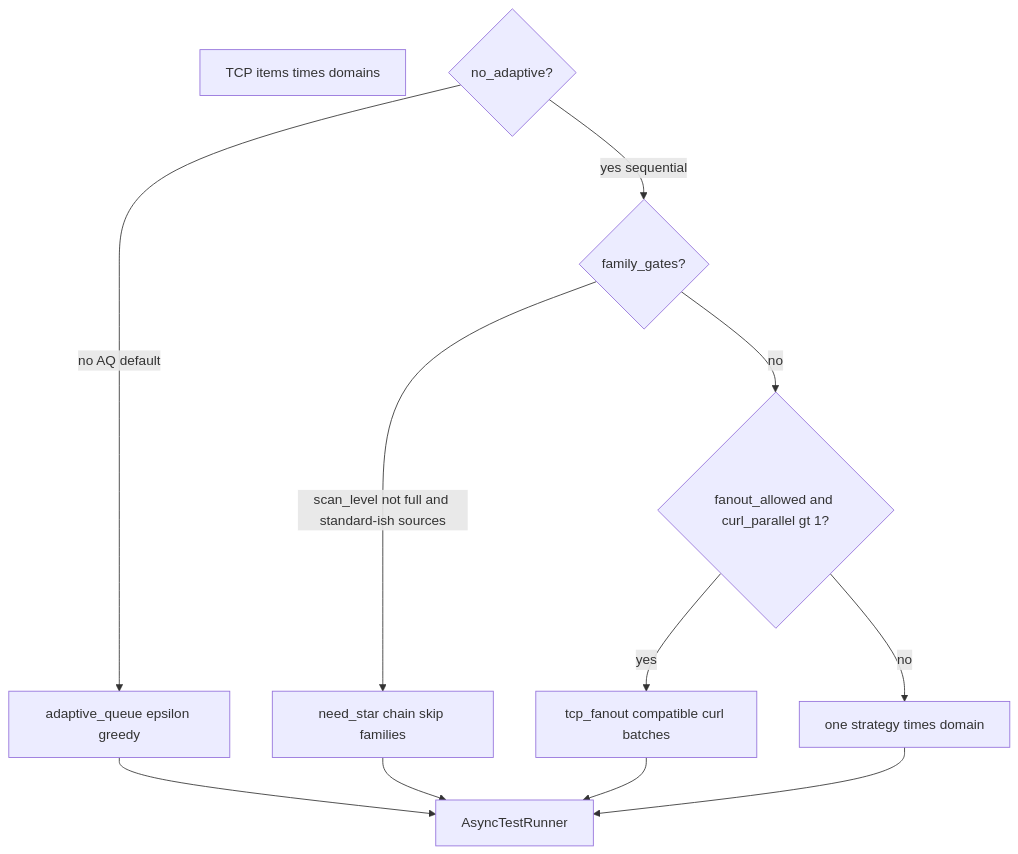
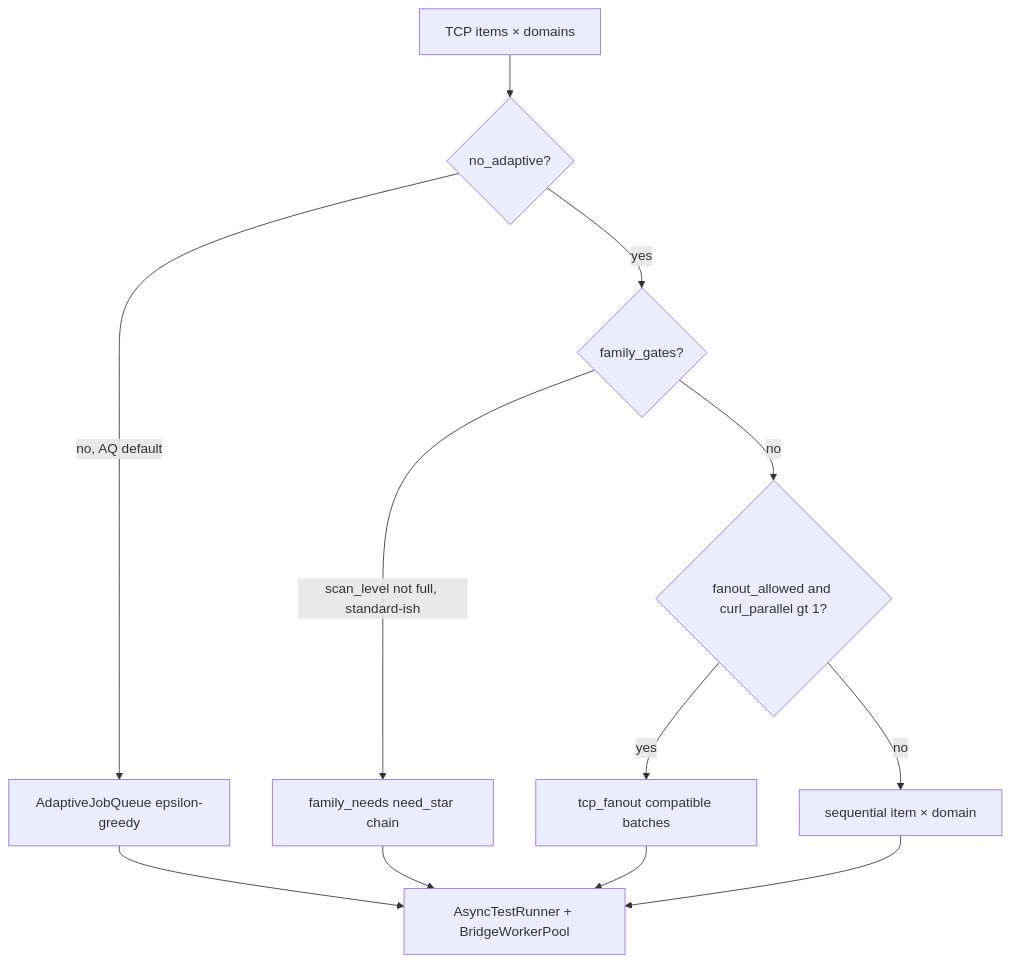
The eighth of 13 diagrams in docs/architecture.md (zhoel-sherk/blockcheckS), drawn with Mermaid before and after one commit. The commit also changed other lines of this file and 22 other files, not shown here.

````diff
--- a/docs/architecture.md
+++ b/docs/architecture.md
@@ -222,15 +456,14 @@
 ```mermaid
 flowchart TD
-  start[TCP items times domains]
-  aq{no_adaptive?}
-  aq -->|no AQ default| Adaptive[adaptive_queue epsilon greedy]
-  aq -->|yes sequential| fg{family_gates?}
-  fg -->|scan_level not full and standard-ish sources| Gates[need_star chain skip families]
-  fg -->|no| fo{fanout_allowed and curl_parallel gt 1?}
-  fo -->|yes| Fan[tcp_fanout compatible curl batches]
-  fo -->|no| Seq[one strategy times domain]
-  Adaptive --> jobs[AsyncTestRunner]
-  Gates --> jobs
-  Fan --> jobs
-  Seq --> jobs
+  start["TCP items × domains"] --> adaptiveFlag{"no_adaptive?"}
+  adaptiveFlag -->|"no, AQ default"| Adaptive["AdaptiveJobQueue epsilon-greedy"]
+  adaptiveFlag -->|yes| familyFlag{"family_gates?"}
+  familyFlag -->|"scan_level not full, standard-ish"| Gates["family_needs need_star chain"]
+  familyFlag -->|no| fanoutFlag{"fanout_allowed and curl_parallel gt 1?"}
+  fanoutFlag -->|yes| Fan["tcp_fanout compatible batches"]
+  fanoutFlag -->|no| Seq["sequential item × domain"]
+  Adaptive --> Runner["AsyncTestRunner + BridgeWorkerPool"]
+  Gates --> Runner
+  Fan --> Runner
+  Seq --> Runner
 ```
````
